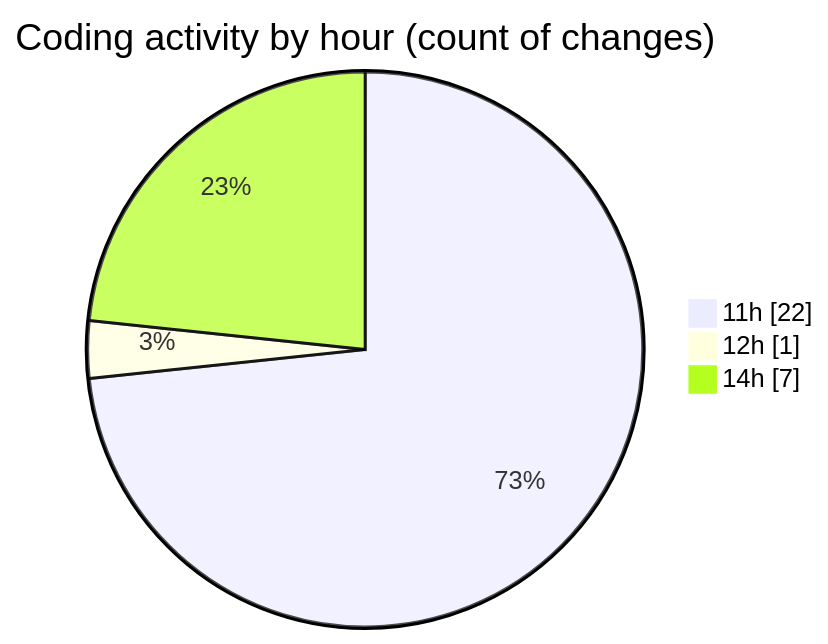
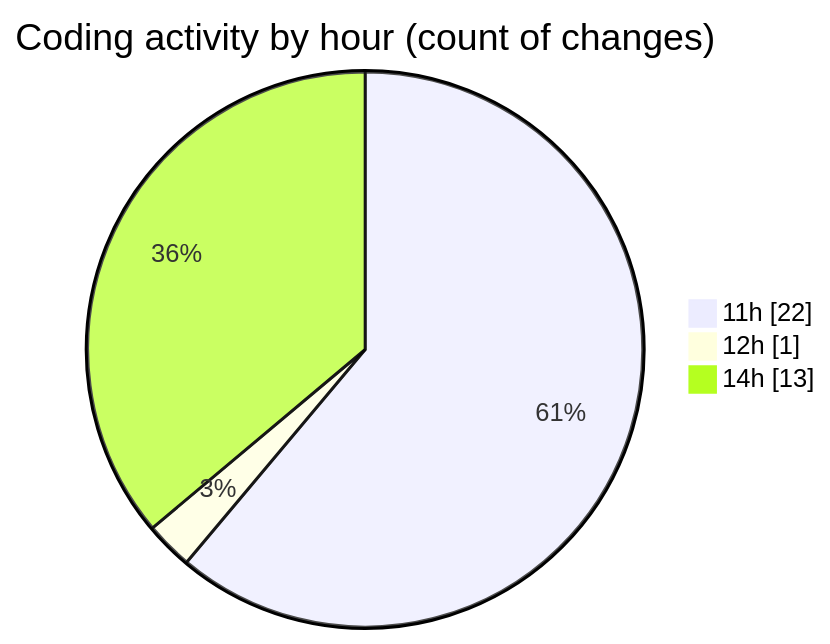
The second of 2 diagrams in 2026-08-05/untitled__workspace_/README.md (debugP/code-tracking), drawn with Mermaid before and after one commit. The commit also changed other lines of this file and 1 other file, not shown here.

````diff
--- a/2026-08-05/untitled__workspace_/README.md
+++ b/2026-08-05/untitled__workspace_/README.md
@@ -29,7 +29,7 @@
 ```mermaid
 pie showData
 title Coding activity by hour (count of changes)
 "11h" : 22
 "12h" : 1
-"14h" : 7
+"14h" : 13
 ```
````
